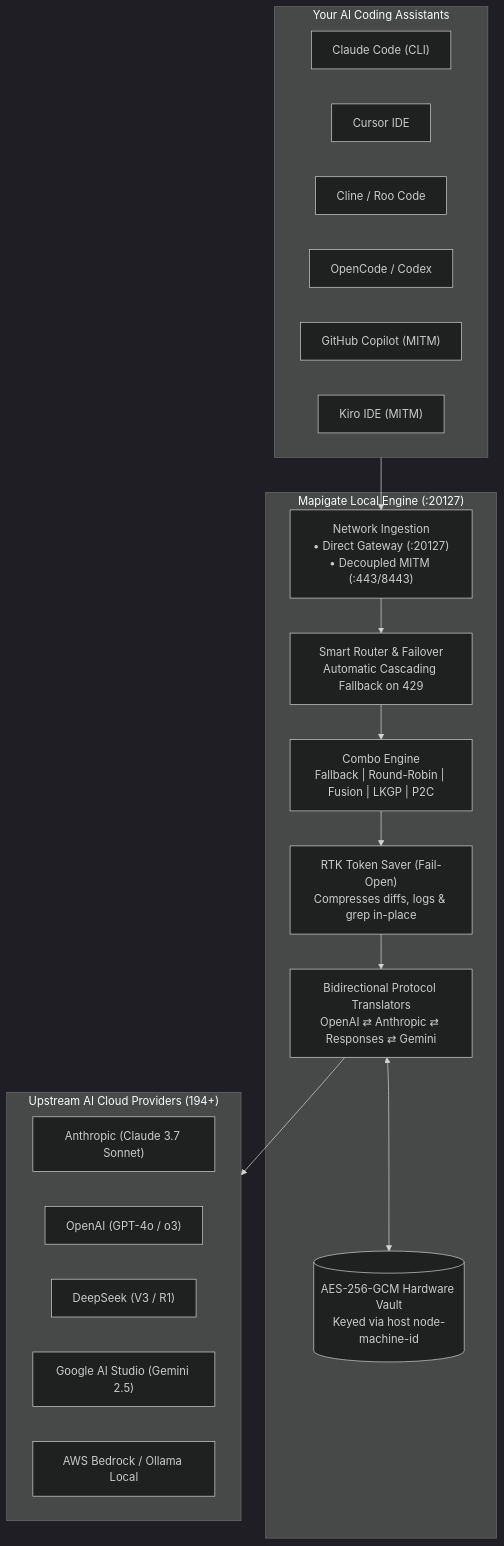
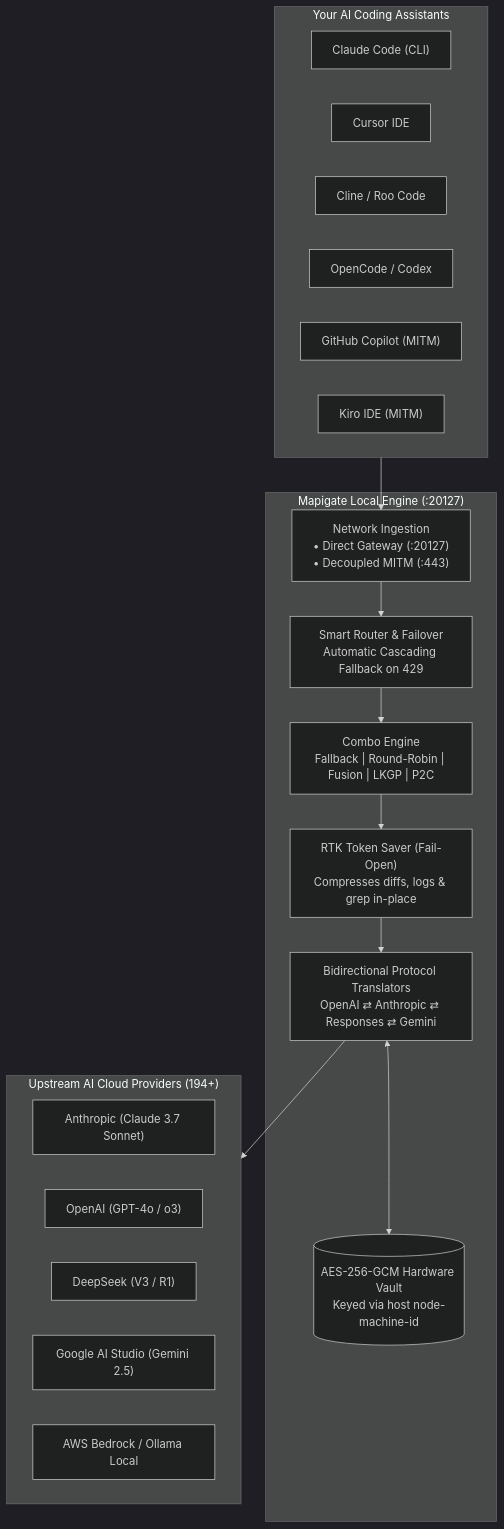
One commit to joutvhu/mapigate changed the first of 4 diagrams in README.md. Above: the diagram before and after it, drawn with Mermaid (dark theme). The commit also changed other lines of this file and 5 other files, not shown here.

First line of the commit message:
docs: document gateway API endpoints, provider tiers, and architecture

````diff
--- a/README.md
+++ b/README.md
@@ -39,36 +39,36 @@
 ```mermaid
 graph TD
     subgraph CLIENTS["Your AI Coding Assistants"]
         C1["Claude Code (CLI)"]
         C2["Cursor IDE"]
         C3["Cline / Roo Code"]
         C4["OpenCode / Codex"]
         C5["GitHub Copilot (MITM)"]
         C6["Kiro IDE (MITM)"]
     end
 
     subgraph MAPIGATE["Mapigate Local Engine (:20127)"]
-        INGEST["Network Ingestion<br/>• Direct Gateway (:20127)<br/>• Decoupled MITM (:443/8443)"]
+        INGEST["Network Ingestion<br/>• Direct Gateway (:20127)<br/>• Decoupled MITM (:443)"]
         ROUTER["Smart Router & Failover<br/>Automatic Cascading Fallback on 429"]
         RTK["RTK Token Saver (Fail-Open)<br/>Compresses diffs, logs & grep in-place"]
         COMBO["Combo Engine<br/>Fallback | Round-Robin | Fusion | LKGP | P2C"]
         ADAPTER["Bidirectional Protocol Translators<br/>OpenAI ⇄ Anthropic ⇄ Responses ⇄ Gemini"]
         VAULT[("AES-256-GCM Hardware Vault<br/>Keyed via host node-machine-id")]
     end
 
     subgraph UPSTREAM["Upstream AI Cloud Providers (194+)"]
         P1["Anthropic (Claude 3.7 Sonnet)"]
         P2["OpenAI (GPT-4o / o3)"]
         P3["DeepSeek (V3 / R1)"]
         P4["Google AI Studio (Gemini 2.5)"]
         P5["AWS Bedrock / Ollama Local"]
     end
 
     CLIENTS --> INGEST
     INGEST --> ROUTER
     ROUTER --> COMBO
     COMBO --> RTK
     RTK --> ADAPTER
     ADAPTER <--> VAULT
     ADAPTER --> UPSTREAM
 ```
````
